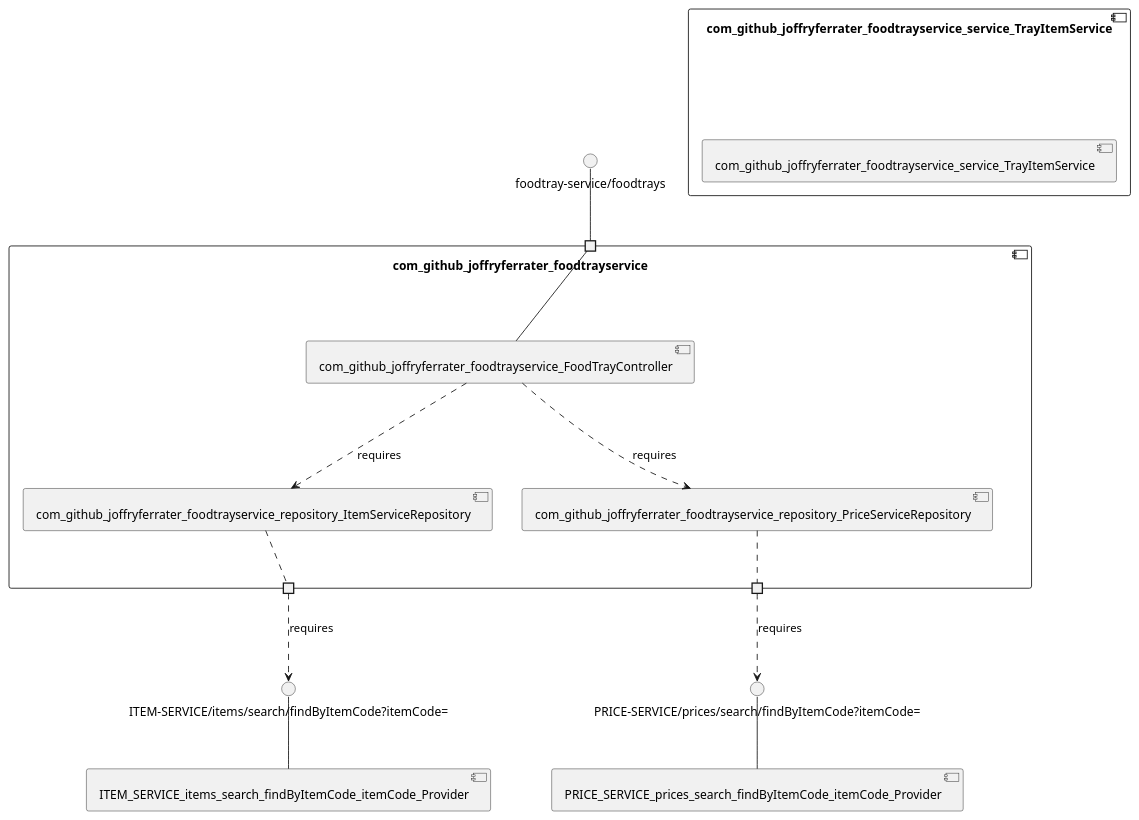
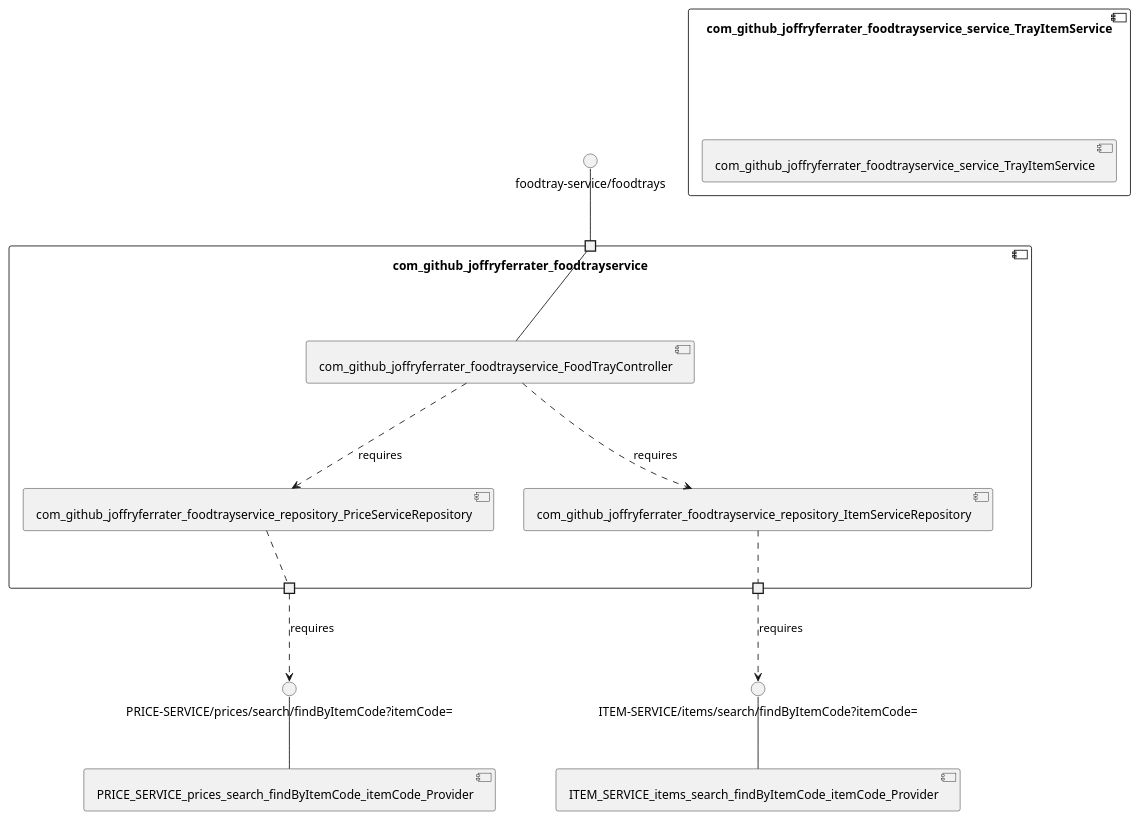
One commit to View-Based-Reverse-Engineering/Retriever-Benchmark changed the diagram in jferrater-tap-and-eat-microservices/model_re/uml/componentDiagram.puml. Above: the diagram before and after it, drawn with PlantUML. The commit also changed other lines of this file and 332 other files, not shown here.

```diff
--- a/jferrater-tap-and-eat-microservices/model_re/uml/componentDiagram.puml
+++ b/jferrater-tap-and-eat-microservices/model_re/uml/componentDiagram.puml
@@ -1,31 +1,31 @@
 @startuml
 skinparam fixCircleLabelOverlapping true
 skinparam componentStyle uml2
 component "com_github_joffryferrater_foodtrayservice\n\n\n\n\n\n" {
 [com_github_joffryferrater_foodtrayservice_repository_ItemServiceRepository]
+[com_github_joffryferrater_foodtrayservice_FoodTrayController]
 [com_github_joffryferrater_foodtrayservice_repository_PriceServiceRepository]
-[com_github_joffryferrater_foodtrayservice_FoodTrayController]
 portin " " as com_github_joffryferrater_foodtrayservice_requires_foodtray_service_foodtrays
+portout " " as com_github_joffryferrater_foodtrayservice_provides_PRICE_SERVICE_prices_search_findByItemCode_itemCode_
 portout " " as com_github_joffryferrater_foodtrayservice_provides_ITEM_SERVICE_items_search_findByItemCode_itemCode_
-portout " " as com_github_joffryferrater_foodtrayservice_provides_PRICE_SERVICE_prices_search_findByItemCode_itemCode_
 [com_github_joffryferrater_foodtrayservice_FoodTrayController]..>[com_github_joffryferrater_foodtrayservice_repository_ItemServiceRepository] : requires
 [com_github_joffryferrater_foodtrayservice_FoodTrayController]..>[com_github_joffryferrater_foodtrayservice_repository_PriceServiceRepository] : requires
 "com_github_joffryferrater_foodtrayservice_requires_foodtray_service_foodtrays"--[com_github_joffryferrater_foodtrayservice_FoodTrayController]
+[com_github_joffryferrater_foodtrayservice_repository_PriceServiceRepository].."com_github_joffryferrater_foodtrayservice_provides_PRICE_SERVICE_prices_search_findByItemCode_itemCode_"
 [com_github_joffryferrater_foodtrayservice_repository_ItemServiceRepository].."com_github_joffryferrater_foodtrayservice_provides_ITEM_SERVICE_items_search_findByItemCode_itemCode_"
-[com_github_joffryferrater_foodtrayservice_repository_PriceServiceRepository].."com_github_joffryferrater_foodtrayservice_provides_PRICE_SERVICE_prices_search_findByItemCode_itemCode_"
 }
 interface "foodtray-service/foodtrays" as interface.foodtray_service_foodtrays
 interface.foodtray_service_foodtrays--"com_github_joffryferrater_foodtrayservice_requires_foodtray_service_foodtrays"
 interface "ITEM-SERVICE/items/search/findByItemCode?itemCode=" as interface.ITEM_SERVICE_items_search_findByItemCode_itemCode_
 "com_github_joffryferrater_foodtrayservice_provides_ITEM_SERVICE_items_search_findByItemCode_itemCode_"..>interface.ITEM_SERVICE_items_search_findByItemCode_itemCode_ : requires
 interface "PRICE-SERVICE/prices/search/findByItemCode?itemCode=" as interface.PRICE_SERVICE_prices_search_findByItemCode_itemCode_
 "com_github_joffryferrater_foodtrayservice_provides_PRICE_SERVICE_prices_search_findByItemCode_itemCode_"..>interface.PRICE_SERVICE_prices_search_findByItemCode_itemCode_ : requires
 component "com_github_joffryferrater_foodtrayservice_service_TrayItemService\n\n\n\n\n\n" {
 [com_github_joffryferrater_foodtrayservice_service_TrayItemService]
 }
 interface "ITEM-SERVICE/items/search/findByItemCode?itemCode=" as interface.ITEM_SERVICE_items_search_findByItemCode_itemCode_
 interface.ITEM_SERVICE_items_search_findByItemCode_itemCode_--[ITEM_SERVICE_items_search_findByItemCode_itemCode_Provider]
 interface "PRICE-SERVICE/prices/search/findByItemCode?itemCode=" as interface.PRICE_SERVICE_prices_search_findByItemCode_itemCode_
 interface.PRICE_SERVICE_prices_search_findByItemCode_itemCode_--[PRICE_SERVICE_prices_search_findByItemCode_itemCode_Provider]
 
 @enduml
```
